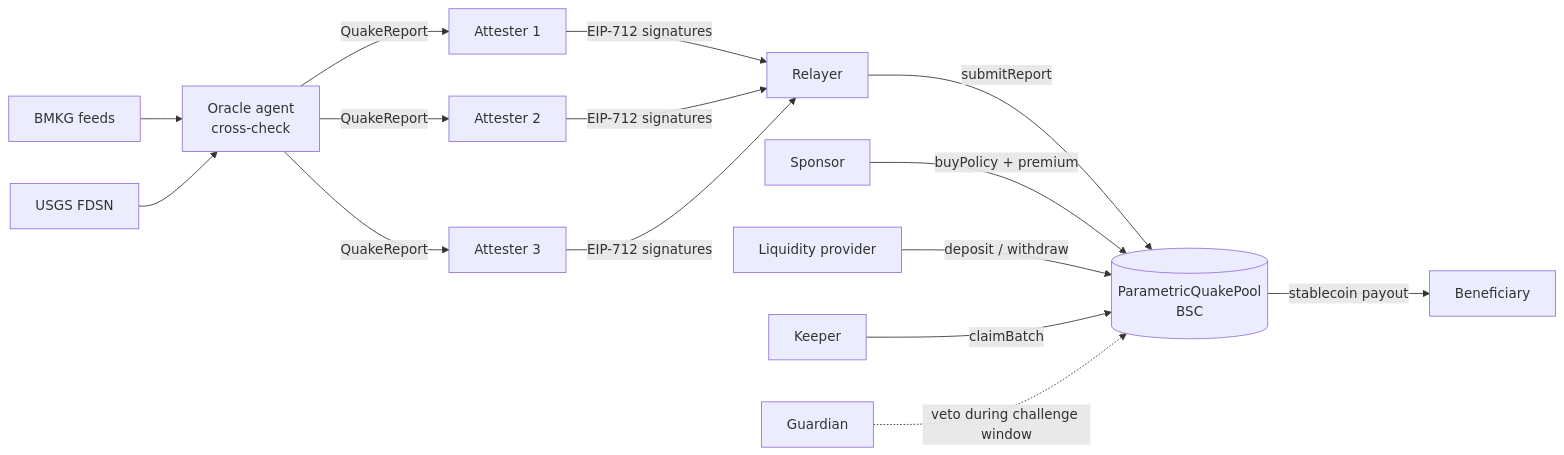
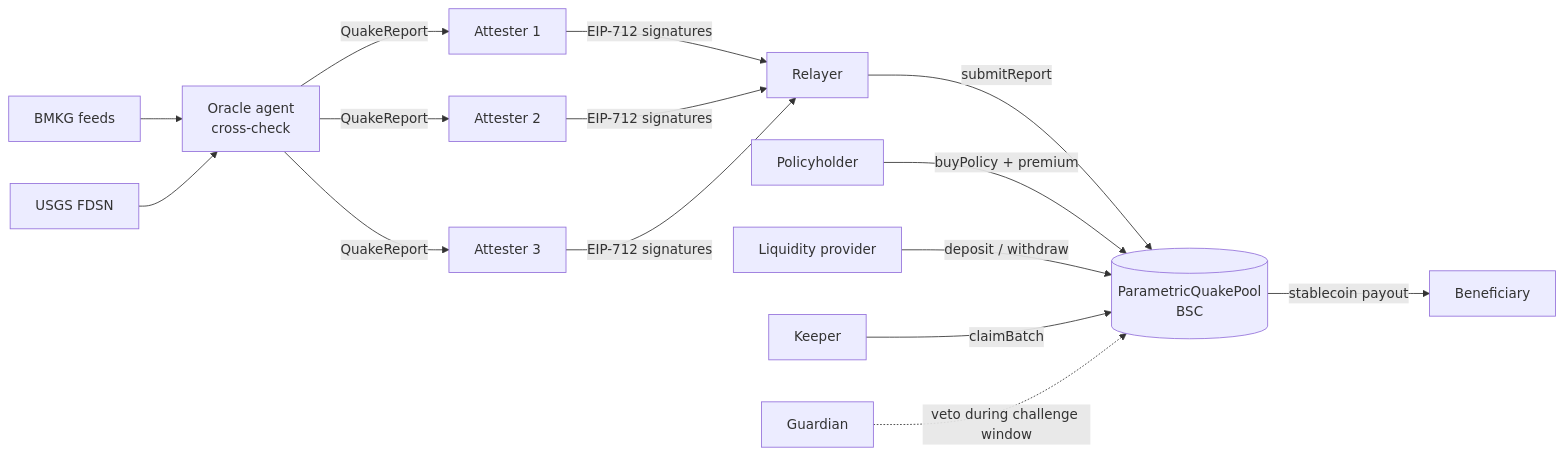
The first of 2 diagrams in README.md (arsetkus/arkus-quake), drawn with Mermaid before and after one commit. The commit also changed other lines of this file and 4 other files, not shown here.

Commit message:
Replace sponsor wording with policyholder; prefill holder address from wallet

````diff
--- a/README.md
+++ b/README.md
@@ -30,15 +30,15 @@
 ```mermaid
 flowchart LR
   BMKG[BMKG feeds] --> A[Oracle agent<br/>cross-check]
   USGS[USGS FDSN] --> A
   A -->|QuakeReport| AT1[Attester 1]
   A -->|QuakeReport| AT2[Attester 2]
   A -->|QuakeReport| AT3[Attester 3]
   AT1 & AT2 & AT3 -->|EIP-712 signatures| R[Relayer]
   R -->|submitReport| P[(ParametricQuakePool<br/>BSC)]
-  S[Sponsor] -->|buyPolicy + premium| P
+  S[Policyholder] -->|buyPolicy + premium| P
   LP[Liquidity provider] -->|deposit / withdraw| P
   K[Keeper] -->|claimBatch| P
   P -->|stablecoin payout| B[Beneficiary]
   G[Guardian] -.->|veto during challenge window| P
 ```
````
